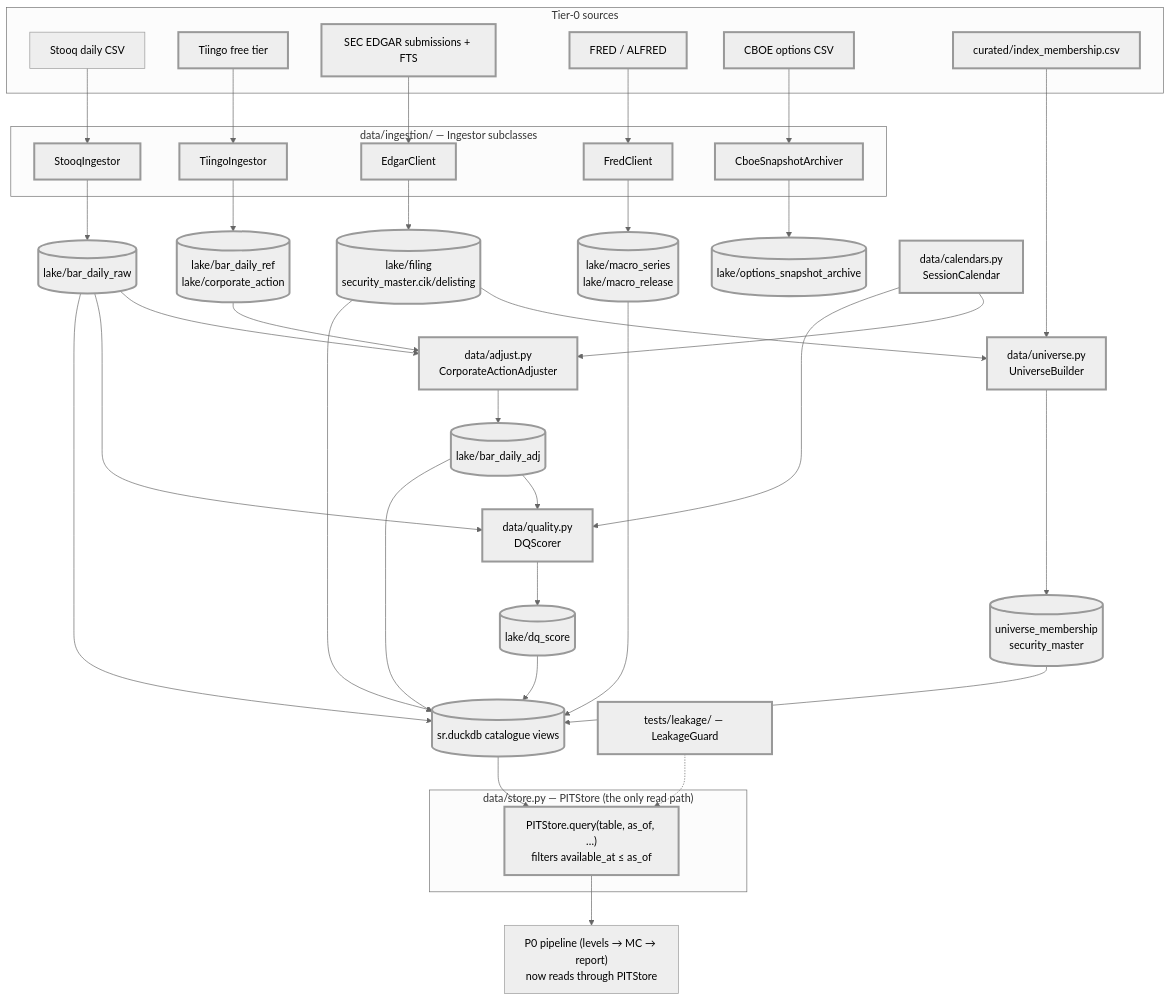
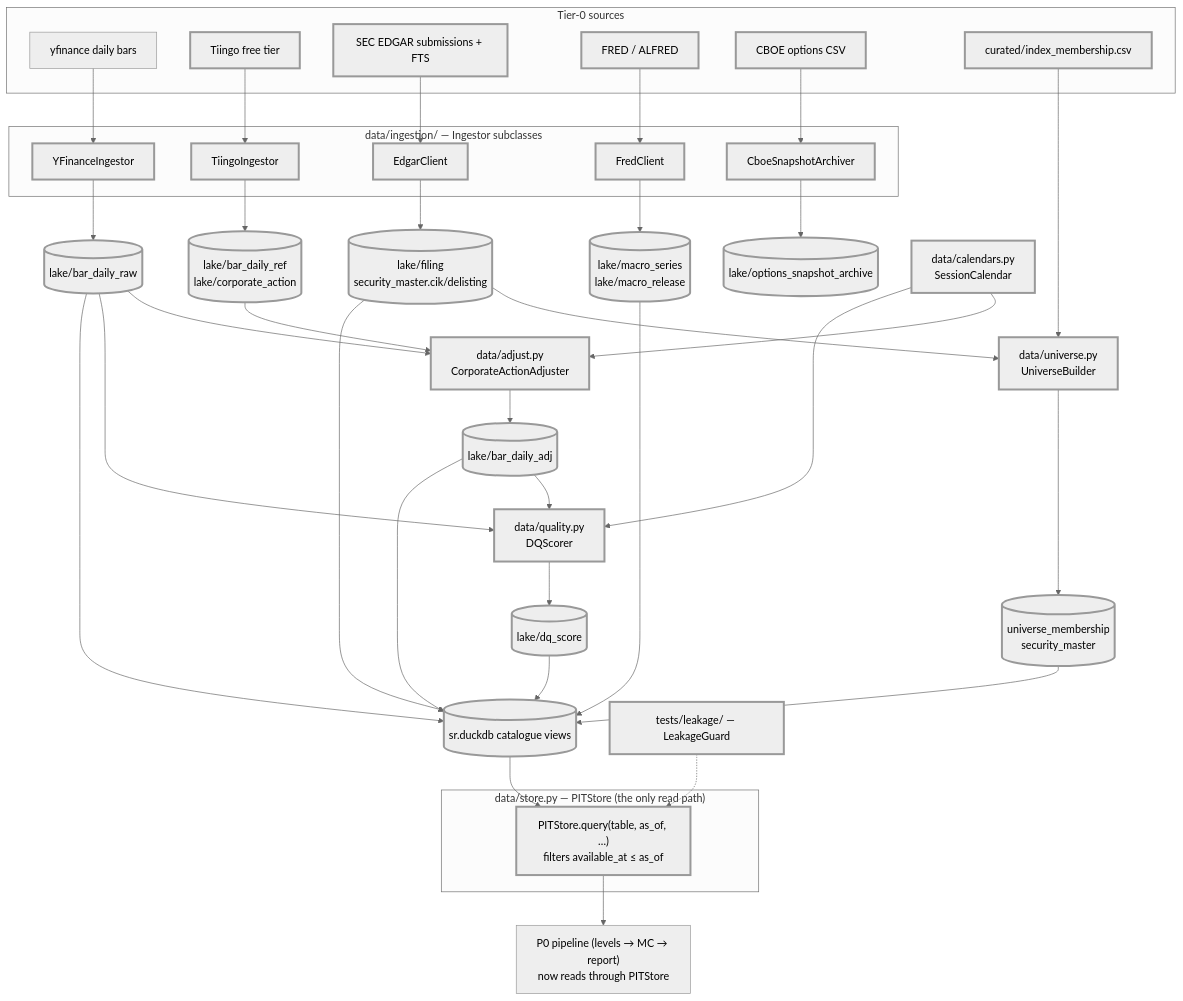
Before and after one commit to Neural-Matrix-LLC/Support-Resistance-Agent: the sixth of 27 diagrams in docs/SR_Technical_Document.md, drawn with Mermaid (neutral theme). The commit also changed other lines of this file and 50 other files, not shown here.

````diff
--- a/docs/SR_Technical_Document.md
+++ b/docs/SR_Technical_Document.md
@@ -635,46 +650,46 @@
 ```mermaid
 flowchart TB
     subgraph SRC["Tier-0 sources"]
-        STOOQ["Stooq daily CSV"]
+        STOOQ["yfinance daily bars"]
         TIINGO["Tiingo free tier"]:::new
         EDGAR["SEC EDGAR submissions + FTS"]:::new
         FRED["FRED / ALFRED"]:::new
         CBOE["CBOE options CSV"]:::new
         CUR["curated/index_membership.csv"]:::new
     end
     subgraph ING["data/ingestion/ — Ingestor subclasses"]
-        I1["StooqIngestor"]:::new
+        I1["YFinanceIngestor"]:::new
         I2["TiingoIngestor"]:::new
         I3["EdgarClient"]:::new
         I4["FredClient"]:::new
         I5["CboeSnapshotArchiver"]:::new
     end
     STOOQ --> I1
     TIINGO --> I2
     EDGAR --> I3
     FRED --> I4
     CBOE --> I5
     I1 --> RAW[("lake/bar_daily_raw")]:::new
     I2 --> REF[("lake/bar_daily_ref\nlake/corporate_action")]:::new
     I3 --> FIL[("lake/filing\nsecurity_master.cik/delisting")]:::new
     I4 --> MAC[("lake/macro_series\nlake/macro_release")]:::new
     I5 --> OPT[("lake/options_snapshot_archive")]:::new
     CUR --> UB["data/universe.py\nUniverseBuilder"]:::new
     FIL --> UB
     UB --> UM[("universe_membership\nsecurity_master")]:::new
     RAW --> ADJ["data/adjust.py\nCorporateActionAdjuster"]:::new
     REF --> ADJ
     ADJ --> ADJT[("lake/bar_daily_adj")]:::new
     RAW --> DQ["data/quality.py\nDQScorer"]:::new
     ADJT --> DQ
     DQ --> DQT[("lake/dq_score")]:::new
     CAL["data/calendars.py\nSessionCalendar"]:::new --> ADJ
     CAL --> DQ
     subgraph STORE["data/store.py — PITStore (the only read path)"]
         PIT["PITStore.query(table, as_of, …)\nfilters available_at ≤ as_of"]:::new
     end
     RAW & ADJT & UM & FIL & MAC & DQT --> DUCK[("sr.duckdb catalogue views")]:::new --> PIT
     PIT --> P0["P0 pipeline (levels → MC → report)\nnow reads through PITStore"]
     LEAK["tests/leakage/ — LeakageGuard"]:::new -.-> PIT
     classDef new stroke-width:3px
 ```
````
